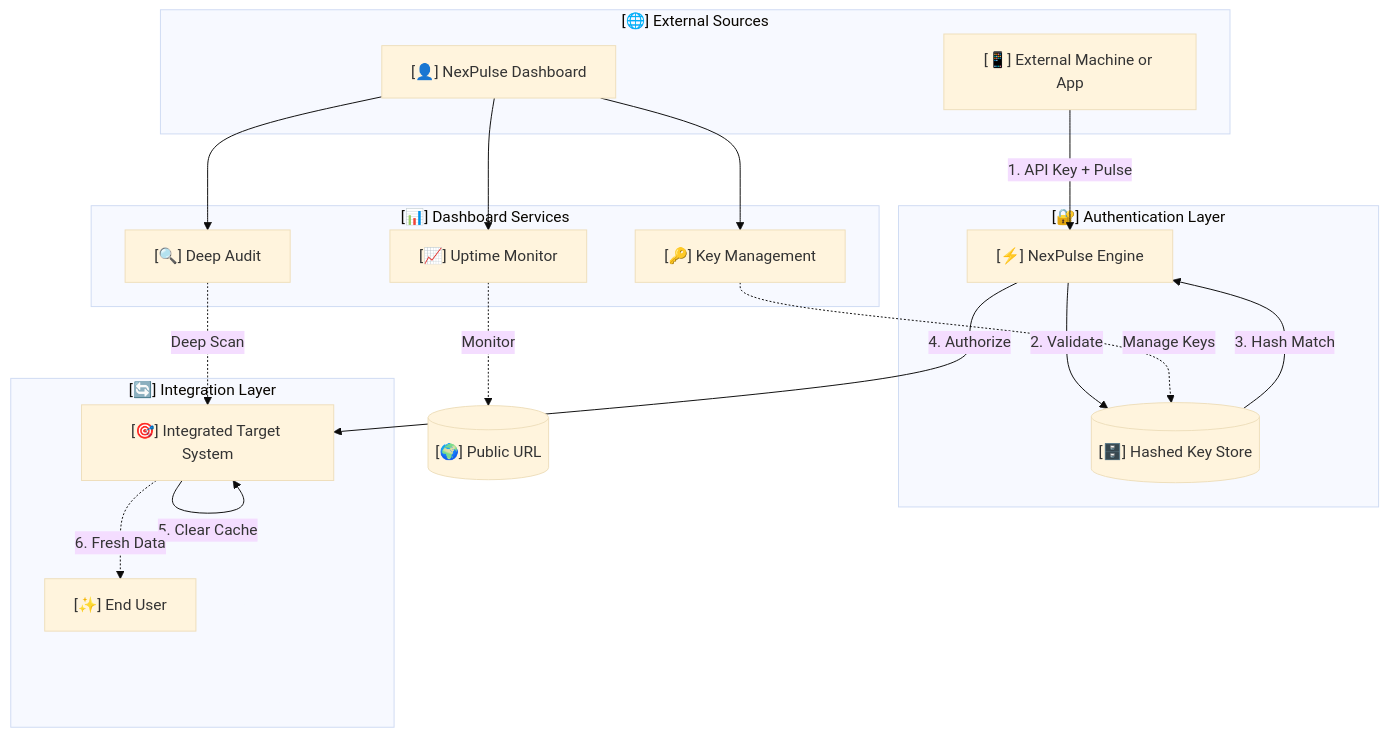
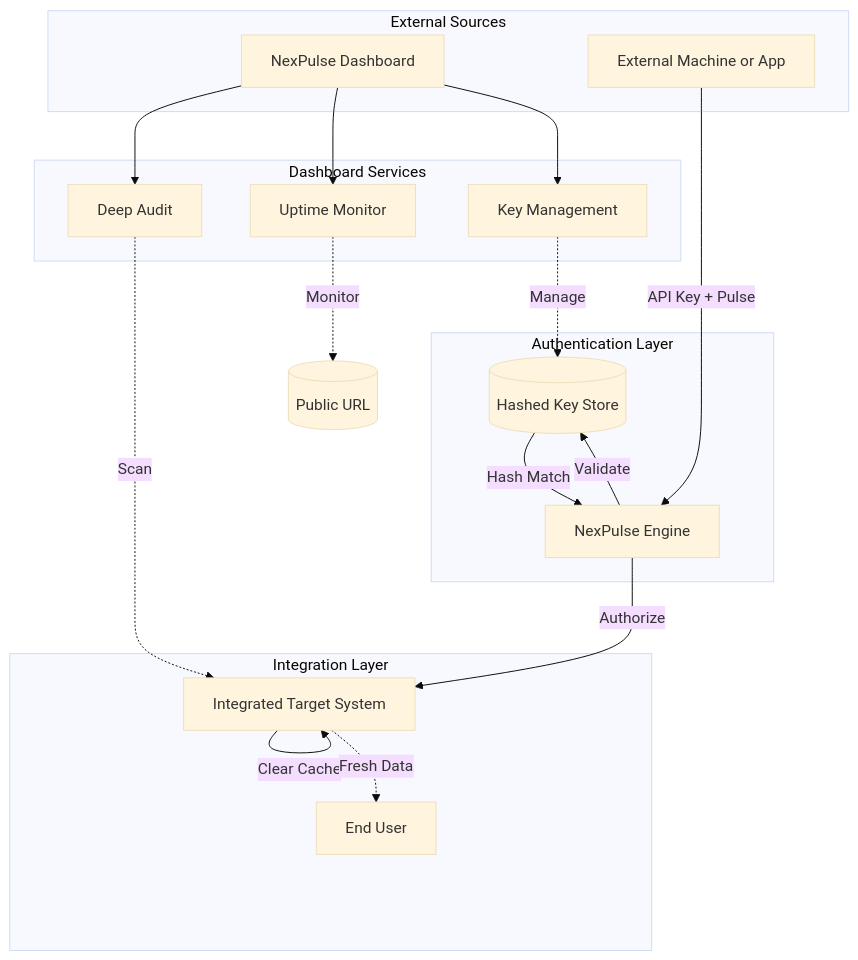
Before and after one commit to inkand-paper/Optimizer: the diagram in MASTER_GUIDE.md, drawn with Mermaid (base theme). The commit also changed 1 other file, not shown here.

Commit message:
fix: update mermaid rendering logic to support v10 async promise api

````diff
--- a/MASTER_GUIDE.md
+++ b/MASTER_GUIDE.md
@@ -17,38 +17,45 @@
 ```mermaid
 flowchart TD
-    subgraph EXTERNAL["[🌐] External Sources"]
-        A1["[📱] External Machine or App"]
-        A2["[👤] NexPulse Dashboard"]
+    subgraph EXTERNAL["External Sources"]
+        A2["NexPulse Dashboard"]
+        A1["External Machine or App"]
     end
 
-    subgraph AUTH["[🔐] Authentication Layer"]
-        B["[⚡] NexPulse Engine"]
-        C[("[🗄️] Hashed Key Store")]
+    subgraph DASH["Dashboard Services"]
+        F3["Deep Audit"]
+        F2["Uptime Monitor"]
+        F1["Key Management"]
     end
 
-    subgraph INTEGRATION["[🔄] Integration Layer"]
-        D["[🎯] Integrated Target System"]
-        E["[✨] End User"]
+    subgraph AUTH["Authentication Layer"]
+        B["NexPulse Engine"]
+        C[("Hashed Key Store")]
     end
 
-    subgraph DASH["[📊] Dashboard Services"]
-        F1["[🔑] Key Management"]
-        F2["[📈] Uptime Monitor"]
-        F3["[🔍] Deep Audit"]
+    subgraph INTEGRATION["Integration Layer"]
+        D["Integrated Target System"]
+        E["End User"]
     end
 
-    A1 -->|1. API Key + Pulse| B
-    B -->|2. Validate| C
-    C -->|3. Hash Match| B
-    B -->|4. Authorize| D
-    D -->|5. Clear Cache| D
-    D -.->|6. Fresh Data| E
-    
+    %% Dashboard Connections
+    A2 --> F3
+    A2 --> F2
     A2 --> F1
-    A2 --> F2
-    A2 --> F3
-    
-    F1 -.->|Manage Keys| C
-    F2 -.->|Monitor| G[("[🌍] Public URL")]
-    F3 -.->|Deep Scan| D
+
+    %% External Flow
+    A1 -->|API Key + Pulse| B
+
+    %% Service Operations
+    F3 -.->|Scan| D
+    F2 -.->|Monitor| G[("Public URL")]
+    F1 -.->|Manage| C
+
+    %% Core Auth Flow
+    B -->|Validate| C
+    C -->|Hash Match| B
+    B -->|Authorize| D
+
+    %% Integration Flow
+    D -->|Clear Cache| D
+    D -.->|Fresh Data| E
 ```
````
